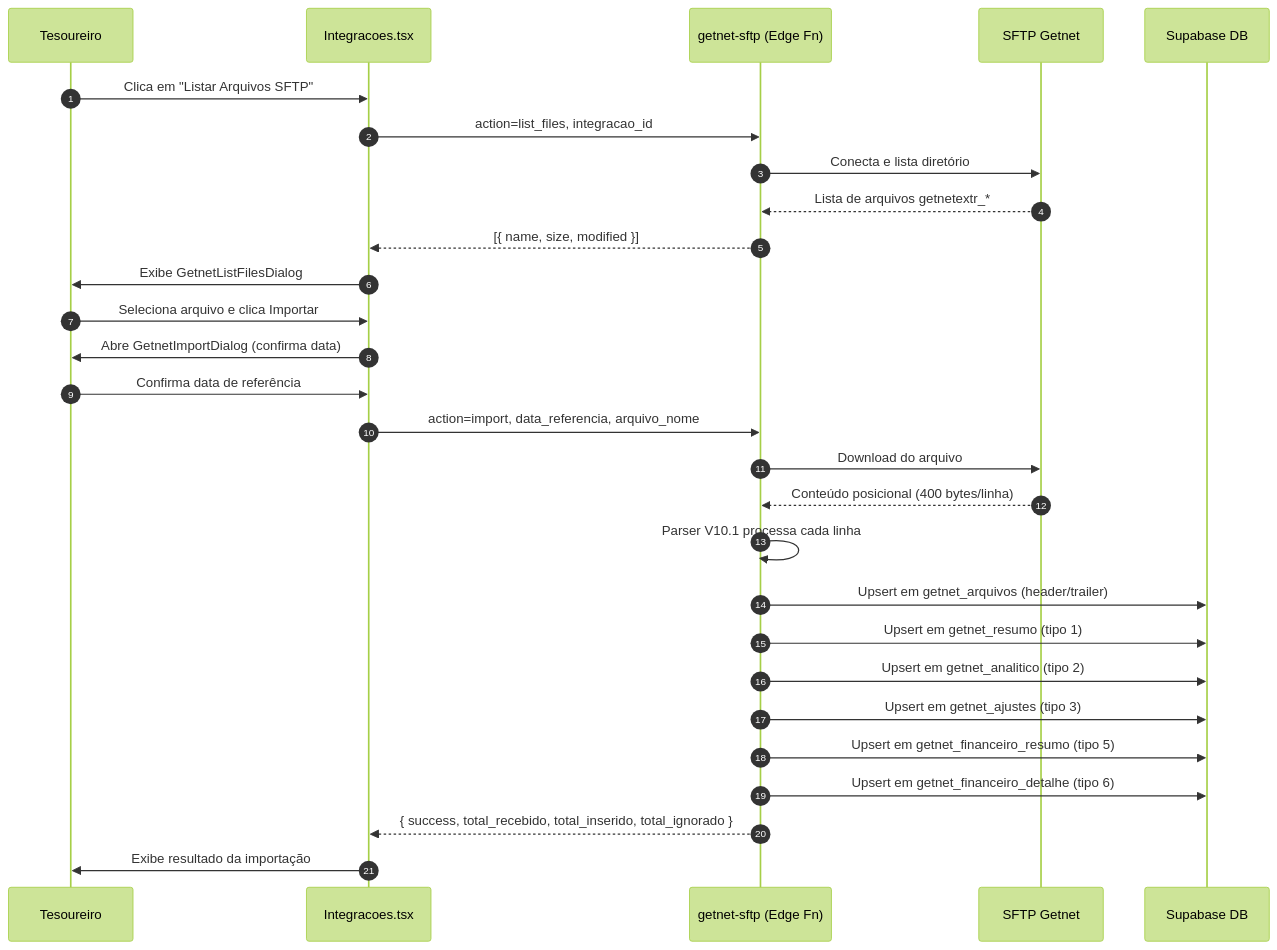
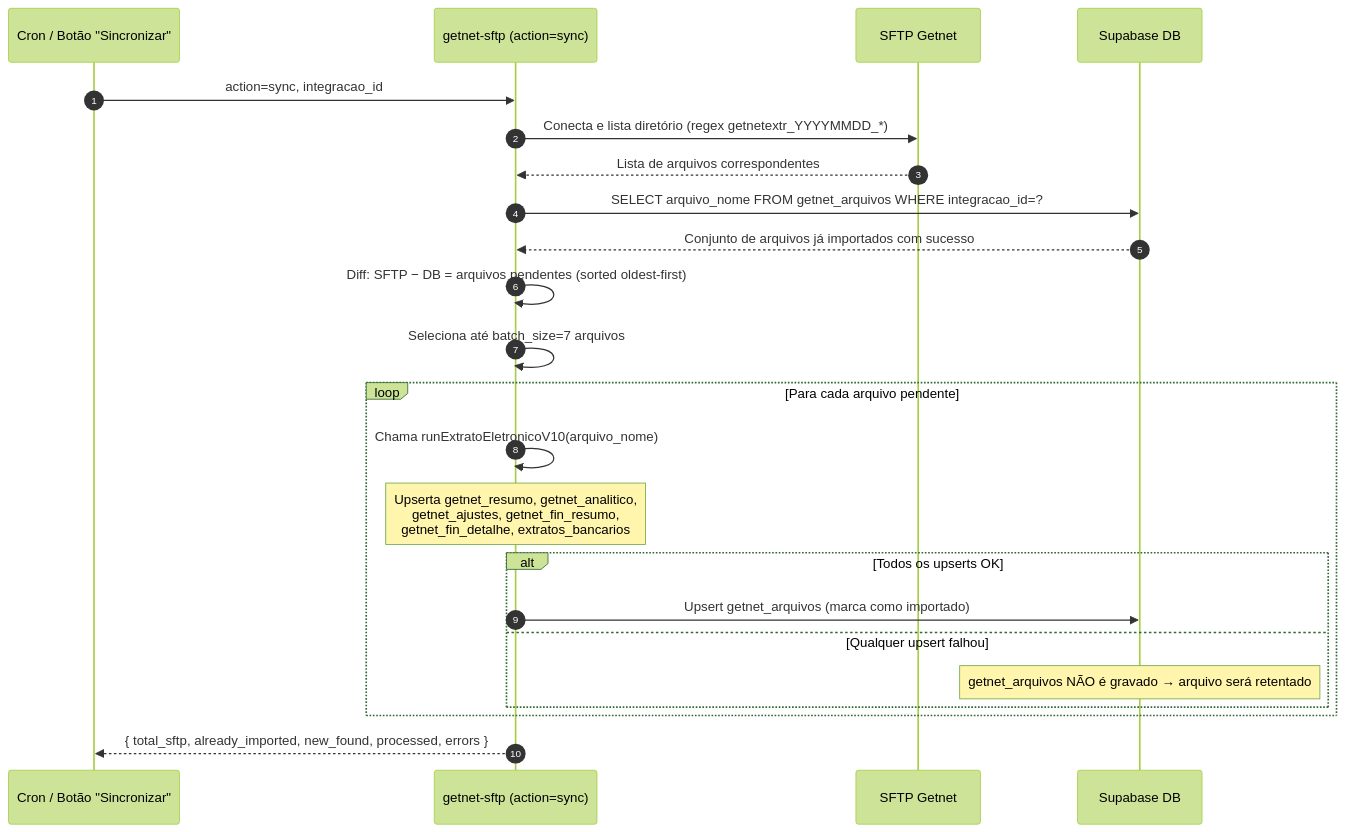
One commit to adrianoapc/igreja-carvalho changed the diagram in docs/diagramas/exports/fluxo-getnet-sftp_2.mmd. Above: the diagram before and after it, drawn with Mermaid (forest theme). The commit also changed 29 other files, not shown here.

Commit message:
chore(diagrams): export mermaid PNGs

```diff
--- a/docs/diagramas/exports/fluxo-getnet-sftp_2.mmd
+++ b/docs/diagramas/exports/fluxo-getnet-sftp_2.mmd
@@ -1,30 +1,26 @@
 sequenceDiagram
     autonumber
-    participant Tesoureiro
-    participant UI as Integracoes.tsx
-    participant Fn as getnet-sftp (Edge Fn)
+    participant Cron as Cron / Botão "Sincronizar"
+    participant Fn as getnet-sftp (action=sync)
     participant SFTP as SFTP Getnet
     participant DB as Supabase DB
 
-    Tesoureiro->>UI: Clica em "Listar Arquivos SFTP"
-    UI->>Fn: action=list_files, integracao_id
-    Fn->>SFTP: Conecta e lista diretório
-    SFTP-->>Fn: Lista de arquivos getnetextr_*
-    Fn-->>UI: [{ name, size, modified }]
-    UI->>Tesoureiro: Exibe GetnetListFilesDialog
+    Cron->>Fn: action=sync, integracao_id
+    Fn->>SFTP: Conecta e lista diretório (regex getnetextr_YYYYMMDD_*)
+    SFTP-->>Fn: Lista de arquivos correspondentes
+    Fn->>DB: SELECT arquivo_nome FROM getnet_arquivos WHERE integracao_id=?
+    DB-->>Fn: Conjunto de arquivos já importados com sucesso
+    Fn->>Fn: Diff: SFTP − DB = arquivos pendentes (sorted oldest-first)
+    Fn->>Fn: Seleciona até batch_size=7 arquivos
 
-    Tesoureiro->>UI: Seleciona arquivo e clica Importar
-    UI->>Tesoureiro: Abre GetnetImportDialog (confirma data)
-    Tesoureiro->>UI: Confirma data de referência
-    UI->>Fn: action=import, data_referencia, arquivo_nome
-    Fn->>SFTP: Download do arquivo
-    SFTP-->>Fn: Conteúdo posicional (400 bytes/linha)
-    Fn->>Fn: Parser V10.1 processa cada linha
-    Fn->>DB: Upsert em getnet_arquivos (header/trailer)
-    Fn->>DB: Upsert em getnet_resumo (tipo 1)
-    Fn->>DB: Upsert em getnet_analitico (tipo 2)
-    Fn->>DB: Upsert em getnet_ajustes (tipo 3)
-    Fn->>DB: Upsert em getnet_financeiro_resumo (tipo 5)
-    Fn->>DB: Upsert em getnet_financeiro_detalhe (tipo 6)
-    Fn-->>UI: { success, total_recebido, total_inserido, total_ignorado }
-    UI->>Tesoureiro: Exibe resultado da importação
+    loop Para cada arquivo pendente
+        Fn->>Fn: Chama runExtratoEletronicoV10(arquivo_nome)
+        Note over Fn: Upserta getnet_resumo, getnet_analitico,<br/>getnet_ajustes, getnet_fin_resumo,<br/>getnet_fin_detalhe, extratos_bancarios
+        alt Todos os upserts OK
+            Fn->>DB: Upsert getnet_arquivos (marca como importado)
+        else Qualquer upsert falhou
+            Note over DB: getnet_arquivos NÃO é gravado → arquivo será retentado
+        end
+    end
+
+    Fn-->>Cron: { total_sftp, already_imported, new_found, processed, errors }
```
